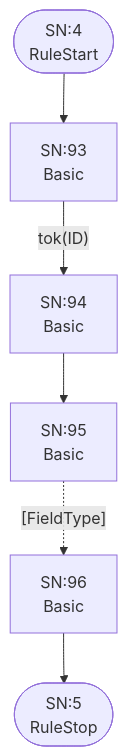
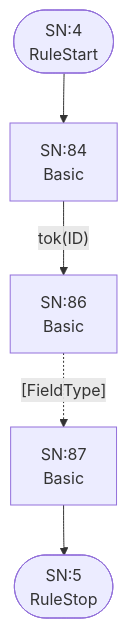
One commit to TypeFox/fastbelt changed the third of 25 diagrams in internal/grammar/atn.md. Above: the diagram before and after it, drawn with Mermaid. The commit also changed other lines of this file and 4 other files, not shown here.

````diff
--- a/internal/grammar/atn.md
+++ b/internal/grammar/atn.md
@@ -118,15 +100,13 @@
 ```mermaid
 flowchart TD
     q4(["SN:4<br/>RuleStart"])
     q5(["SN:5<br/>RuleStop"])
-    q93["SN:93<br/>Basic<br/>"]
-    q94["SN:94<br/>Basic<br/>"]
-    q95["SN:95<br/>Basic<br/>"]
-    q96["SN:96<br/>Basic<br/>"]
+    q84["SN:84<br/>Basic<br/>"]
+    q85["SN:86<br/>Basic<br/>"]
+    q86["SN:87<br/>Basic<br/>"]
 
-    q4 --> q93
-    q93 -->|"tok(ID)"| q94
-    q94 --> q95
-    q95 -.->|"[FieldType]"| q96
-    q96 --> q5
+    q4 --> q84
+    q84 -->|"tok(ID)"| q85
+    q85 -.->|"[FieldType]"| q86
+    q86 --> q5
 ```
````
